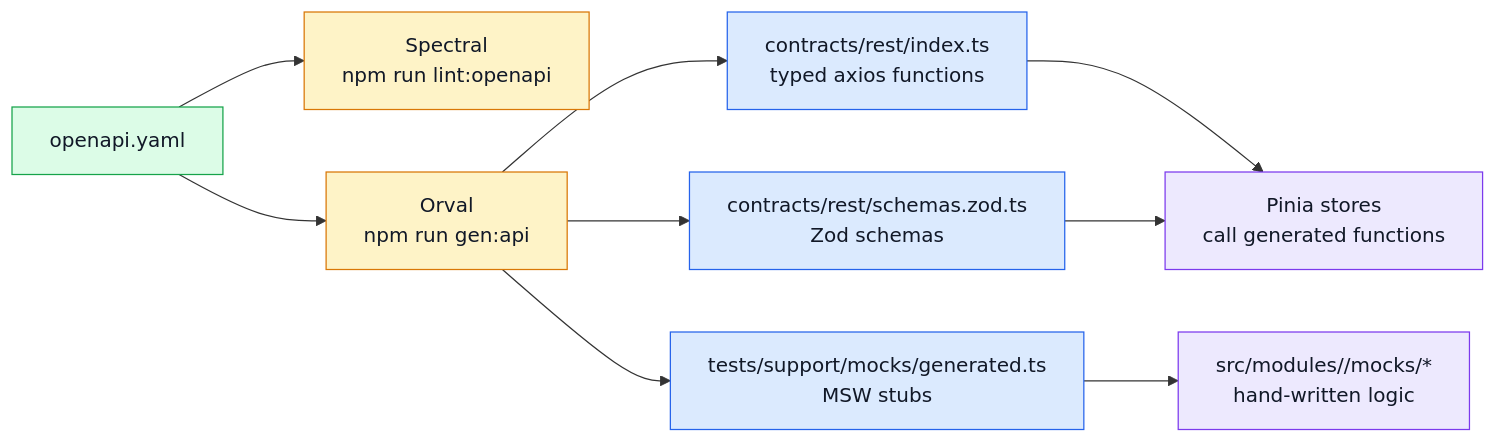
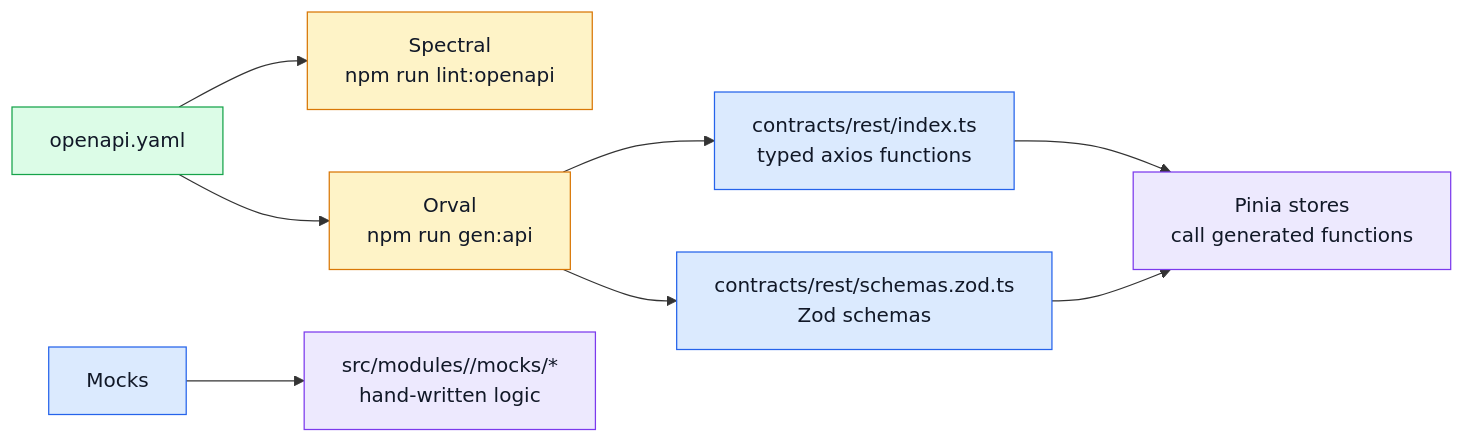
One commit to Guebbit/boilerplate-vue-frontend changed the diagram in docs/api/index.md. Above: the diagram before and after it, drawn with Mermaid. The commit also changed 20 other files, not shown here.

````diff
--- a/docs/api/index.md
+++ b/docs/api/index.md
@@ -7,21 +7,20 @@
 ```mermaid
 %%{init: {'flowchart': {'nodeSpacing': 50, 'rankSpacing': 65}}}%%
 flowchart LR
     Spec[openapi.yaml] --> Lint[Spectral\nnpm run lint:openapi]
     Spec --> Generate[Orval\nnpm run gen:api]
     Generate --> Client[contracts/rest/index.ts\ntyped axios functions]
     Generate --> Schemas[contracts/rest/schemas.zod.ts\nZod schemas]
-    Generate --> Mocks[tests/support/mocks/generated.ts\nMSW stubs]
     Client --> Stores[Pinia stores\ncall generated functions]
     Schemas --> Stores
     Mocks --> Handlers[src/modules/<name>/mocks/*\nhand-written logic]
 
     classDef contract fill:#dcfce7,stroke:#16a34a,color:#111827;
     classDef tooling fill:#fef3c7,stroke:#d97706,color:#111827;
     classDef generated fill:#dbeafe,stroke:#2563eb,color:#111827;
     classDef app fill:#ede9fe,stroke:#7c3aed,color:#111827;
     class Spec contract;
     class Lint,Generate tooling;
     class Client,Schemas,Mocks generated;
     class Stores,Handlers app;
 ```
````
